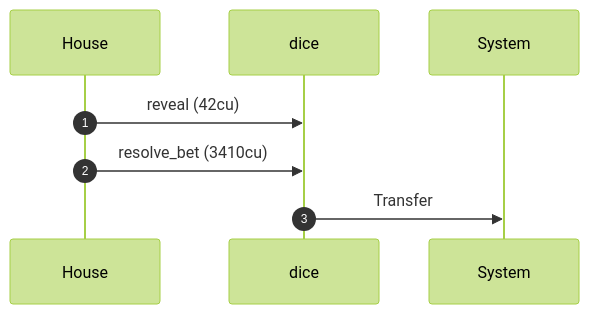
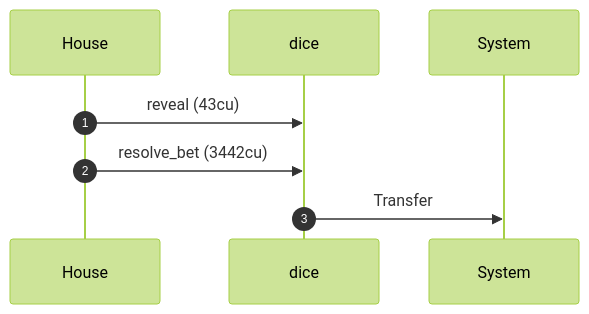
The first of 3 diagrams in README.md (cds-turbin3/builder-05-no-fair-dice), drawn with Mermaid (forest theme) before and after one commit. The commit also changed other lines of this file and 15 other files, not shown here.

````diff
--- a/README.md
+++ b/README.md
@@ -179,10 +186,10 @@
 ```mermaid
 sequenceDiagram
     autonumber
     participant House
     participant dice
     participant System
-    House ->> dice: reveal (42cu)
-    House ->> dice: resolve_bet (3410cu)
+    House ->> dice: reveal (43cu)
+    House ->> dice: resolve_bet (3442cu)
     dice ->> System: Transfer
 ```
````
